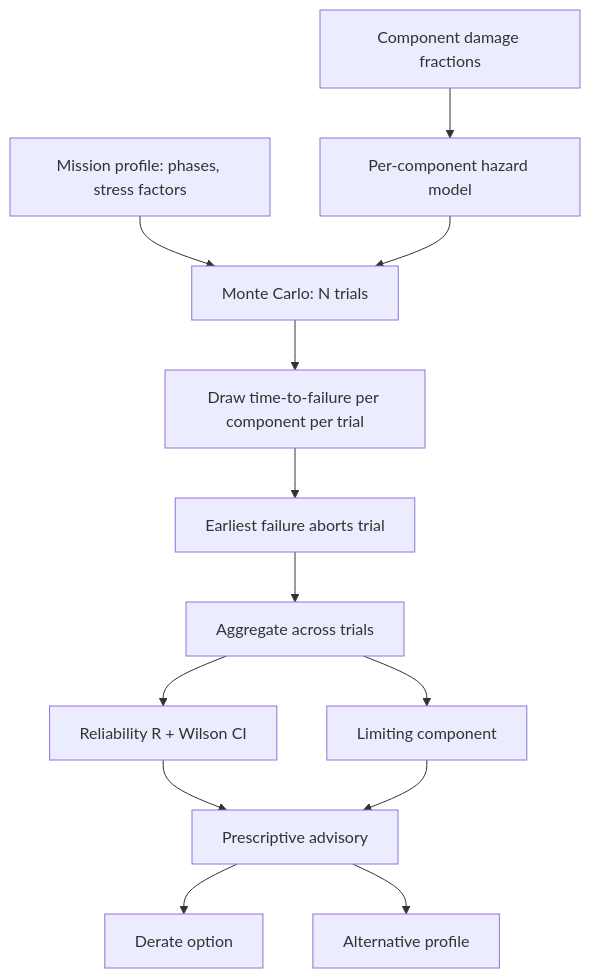
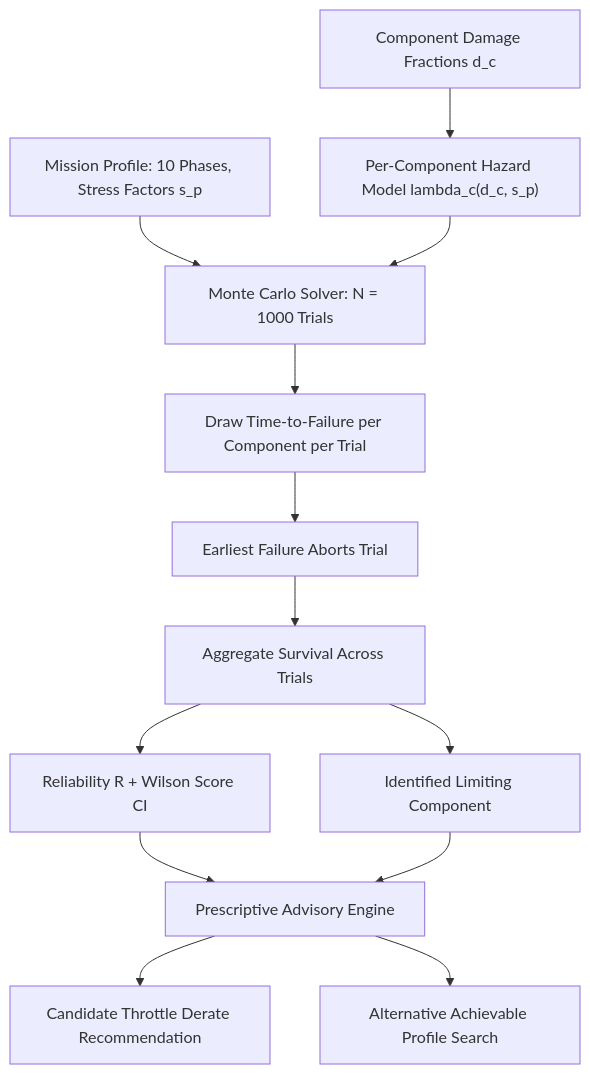
Before and after one commit to Aayush-Deshpande/Maverick: the second of 2 diagrams in docs_site/technical/17-mission-reliability.md, drawn with Mermaid. The commit also changed other lines of this file and 60 other files, not shown here.

````diff
--- a/docs_site/technical/17-mission-reliability.md
+++ b/docs_site/technical/17-mission-reliability.md
@@ -51,19 +86,19 @@
 ```mermaid
 flowchart TB
-    PROFILE["Mission profile: phases, stress factors"]
-    DAMAGE["Component damage fractions"]
-    HAZARD["Per-component hazard model"]
+    PROFILE["Mission Profile: 10 Phases, Stress Factors s_p"]
+    DAMAGE["Component Damage Fractions d_c"]
+    HAZARD["Per-Component Hazard Model lambda_c(d_c, s_p)"]
 
-    PROFILE --> MC["Monte Carlo: N trials"]
+    PROFILE --> MC["Monte Carlo Solver: N = 1000 Trials"]
     DAMAGE --> HAZARD
     HAZARD --> MC
-    MC --> DRAW["Draw time-to-failure per component per trial"]
-    DRAW --> EARLIEST["Earliest failure aborts trial"]
-    EARLIEST --> AGG["Aggregate across trials"]
-    AGG --> R["Reliability R + Wilson CI"]
-    AGG --> LIMIT["Limiting component"]
-    R --> ADVISORY["Prescriptive advisory"]
+    MC --> DRAW["Draw Time-to-Failure per Component per Trial"]
+    DRAW --> EARLIEST["Earliest Failure Aborts Trial"]
+    EARLIEST --> AGG["Aggregate Survival Across Trials"]
+    AGG --> R["Reliability R + Wilson Score CI"]
+    AGG --> LIMIT["Identified Limiting Component"]
+    R --> ADVISORY["Prescriptive Advisory Engine"]
     LIMIT --> ADVISORY
-    ADVISORY --> DERATE["Derate option"]
-    ADVISORY --> REPLAN["Alternative profile"]
+    ADVISORY --> DERATE["Candidate Throttle Derate Recommendation"]
+    ADVISORY --> REPLAN["Alternative Achievable Profile Search"]
 ```
````
